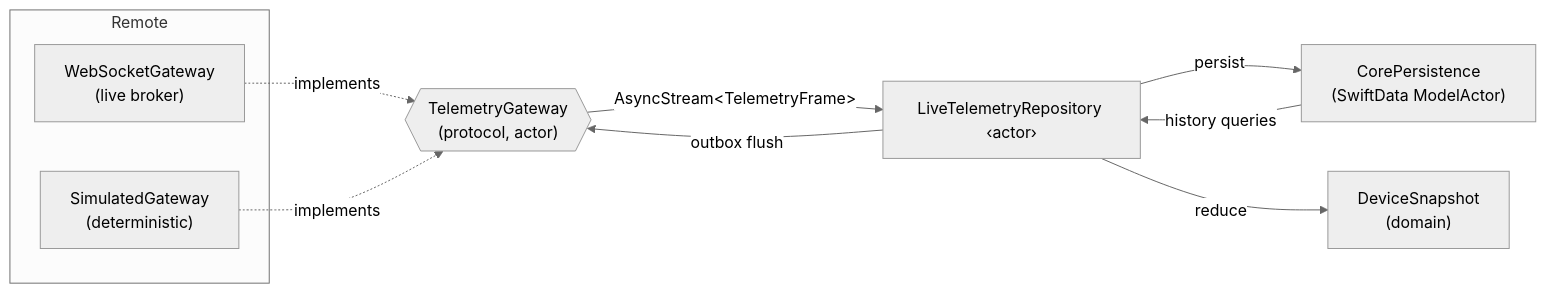
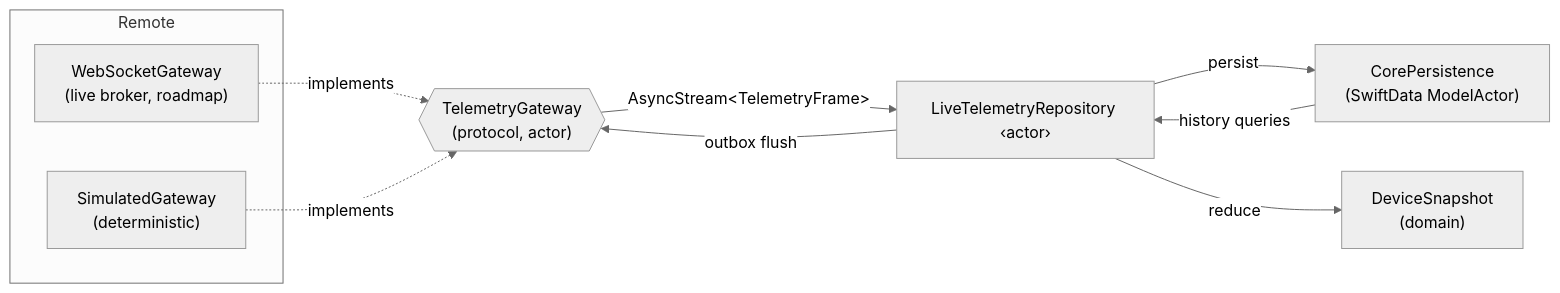
One commit to donatogomez/signal-flow changed the first of 2 diagrams in docs/06-data-layer.md. Above: the diagram before and after it, drawn with Mermaid (neutral theme). The commit also changed other lines of this file and 9 other files, not shown here.

````diff
--- a/docs/06-data-layer.md
+++ b/docs/06-data-layer.md
@@ -9,15 +9,15 @@
 ```mermaid
 flowchart LR
     subgraph Remote
-        WS["WebSocketGateway\n(live broker)"]
+        WS["WebSocketGateway\n(live broker, roadmap)"]
         SIM["SimulatedGateway\n(deterministic)"]
     end
     GW{{"TelemetryGateway\n(protocol, actor)"}}
     WS -.implements.-> GW
     SIM -.implements.-> GW
     GW -->|"AsyncStream&lt;TelemetryFrame&gt;"| REPO[LiveTelemetryRepository ‹actor›]
     REPO -->|persist| STORE["CorePersistence\n(SwiftData ModelActor)"]
     REPO -->|reduce| SNAP["DeviceSnapshot\n(domain)"]
     STORE -->|history queries| REPO
     REPO -->|outbox flush| GW
 ```
````
